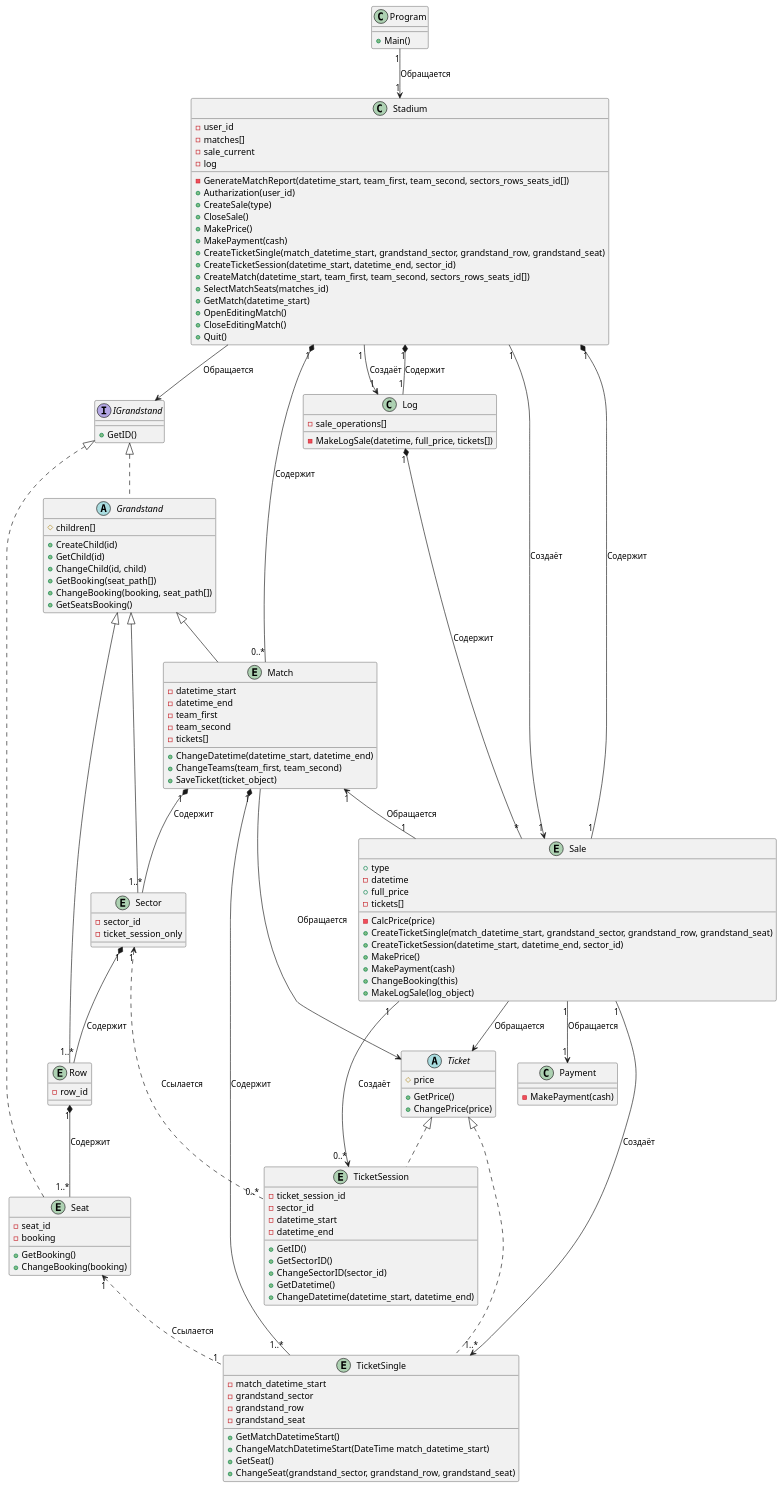
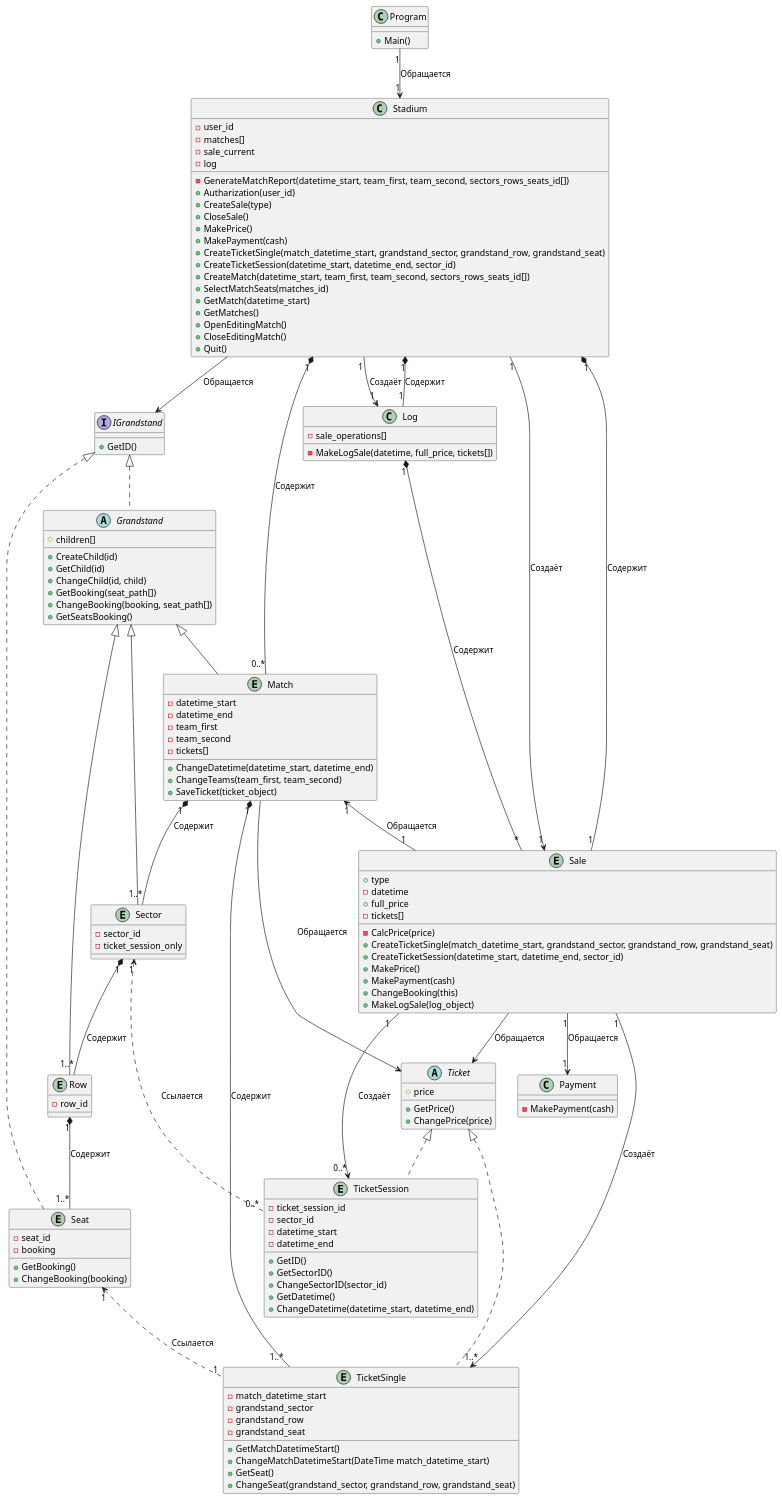
The diagram in Модель предметной области.md (penamarth/bsbo-03-23_team4_var10_football), drawn with PlantUML before and after one commit. The commit also changed 4 other files, not shown here.

Commit message:
Попытка реализации просмотра свободных мест (правка кода и диаграмм) + правка комментариев в коде

```diff
--- a/Модель предметной области.md
+++ b/Модель предметной области.md
@@ -21,6 +21,7 @@
     + CreateMatch(datetime_start, team_first, team_second, sectors_rows_seats_id[])
     + SelectMatchSeats(matches_id)
     + GetMatch(datetime_start)
+    + GetMatches()
     + OpenEditingMatch()
     + CloseEditingMatch()
     + Quit()
```
